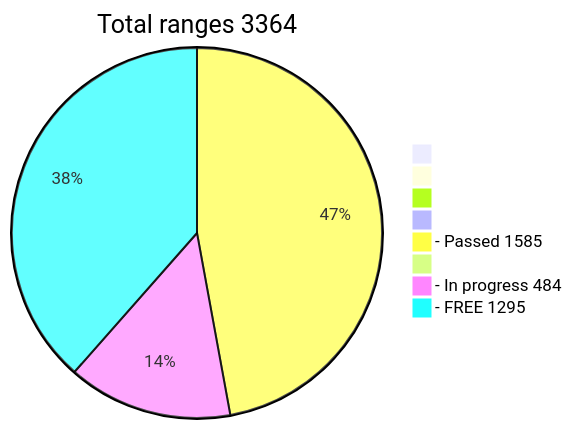
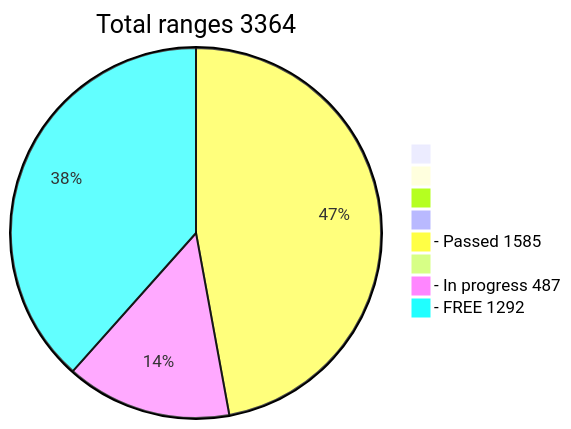
One commit to phrutis/wif500 changed the diagram in README.md. Above: the diagram before and after it, drawn with Mermaid.

````diff
--- a/README.md
+++ b/README.md
@@ -16,12 +16,12 @@
 ```mermaid
 pie title Total ranges 3364
              " " : 0
             "  " : 0
            "   " : 0
           "    " : 0
   "- Passed 1585" : 1585
          "     " : 0
-  "- In progress 484" : 484
-   "- FREE 1295" : 1295
+  "- In progress 487" : 487
+   "- FREE 1292" : 1292
    
 ```
````
